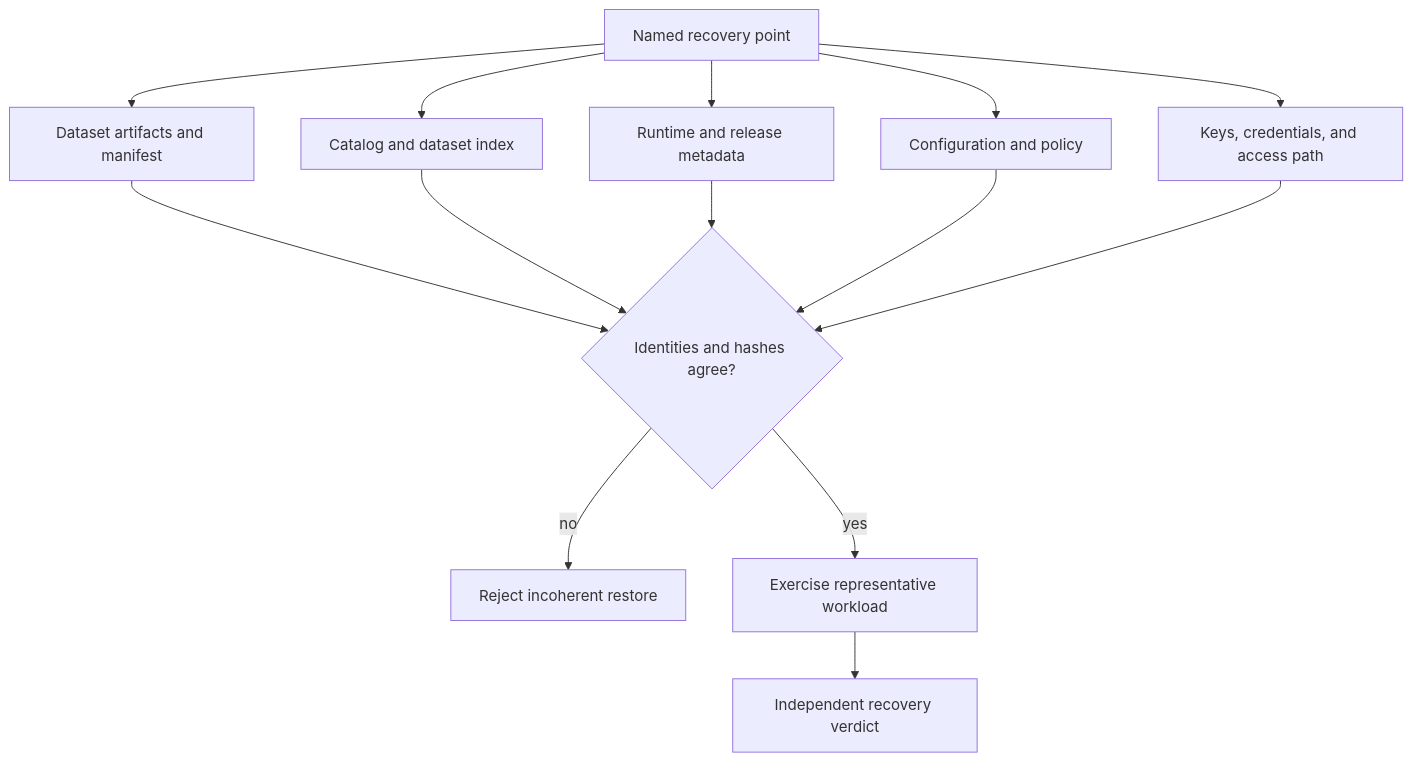
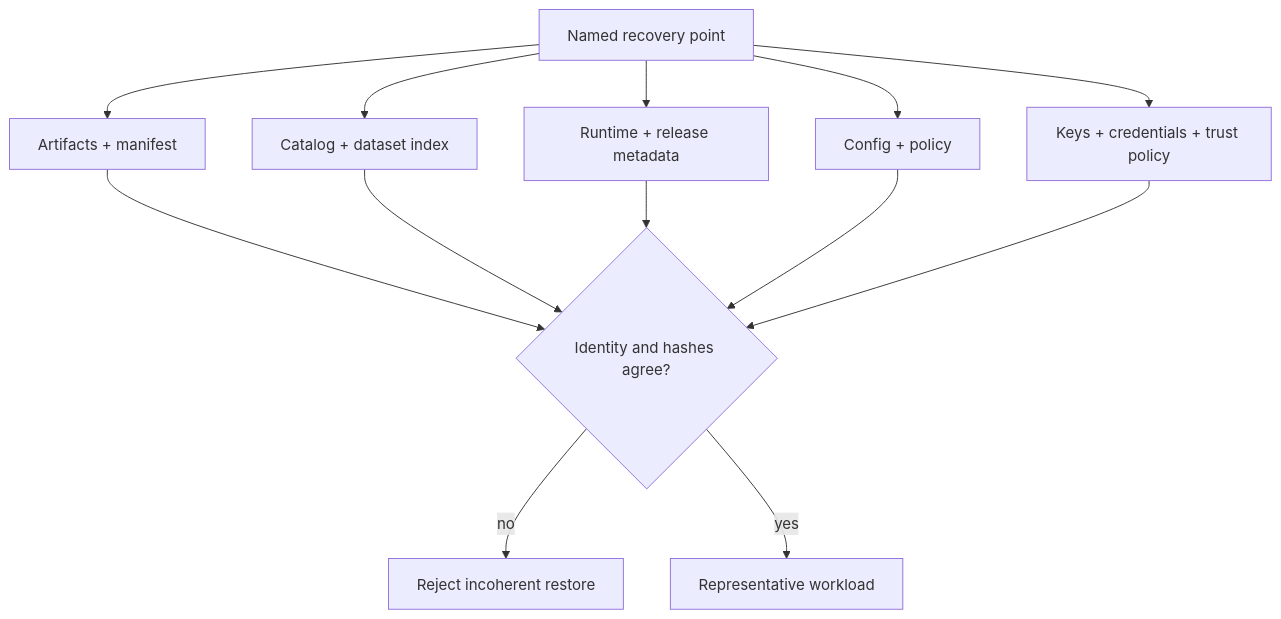
The second of 3 diagrams in docs/bijux-atlas-ops/release/backup-and-recovery.md (bijux/bijux-atlas), drawn with Mermaid before and after one commit. The commit also changed other lines of this file and 1 other file, not shown here.

Commit message:
docs(recovery): define coherent restore and channel custody

````diff
--- a/docs/bijux-atlas-ops/release/backup-and-recovery.md
+++ b/docs/bijux-atlas-ops/release/backup-and-recovery.md
@@ -63,16 +43,15 @@
 ```mermaid
 flowchart TD
-    RP[Named recovery point] --> Artifacts[Dataset artifacts and manifest]
-    RP --> Catalog[Catalog and dataset index]
-    RP --> Release[Runtime and release metadata]
-    RP --> Config[Configuration and policy]
-    RP --> Access[Keys, credentials, and access path]
-    Artifacts --> Bind{Identities and hashes agree?}
+    Point[Named recovery point] --> Artifacts[Artifacts + manifest]
+    Point --> Catalog[Catalog + dataset index]
+    Point --> Release[Runtime + release metadata]
+    Point --> Config[Config + policy]
+    Point --> Access[Keys + credentials + trust policy]
+    Artifacts --> Bind{Identity and hashes agree?}
     Catalog --> Bind
     Release --> Bind
     Config --> Bind
     Access --> Bind
     Bind -->|no| Reject[Reject incoherent restore]
-    Bind -->|yes| Exercise[Exercise representative workload]
-    Exercise --> Verdict[Independent recovery verdict]
+    Bind -->|yes| Exercise[Representative workload]
 ```
````
